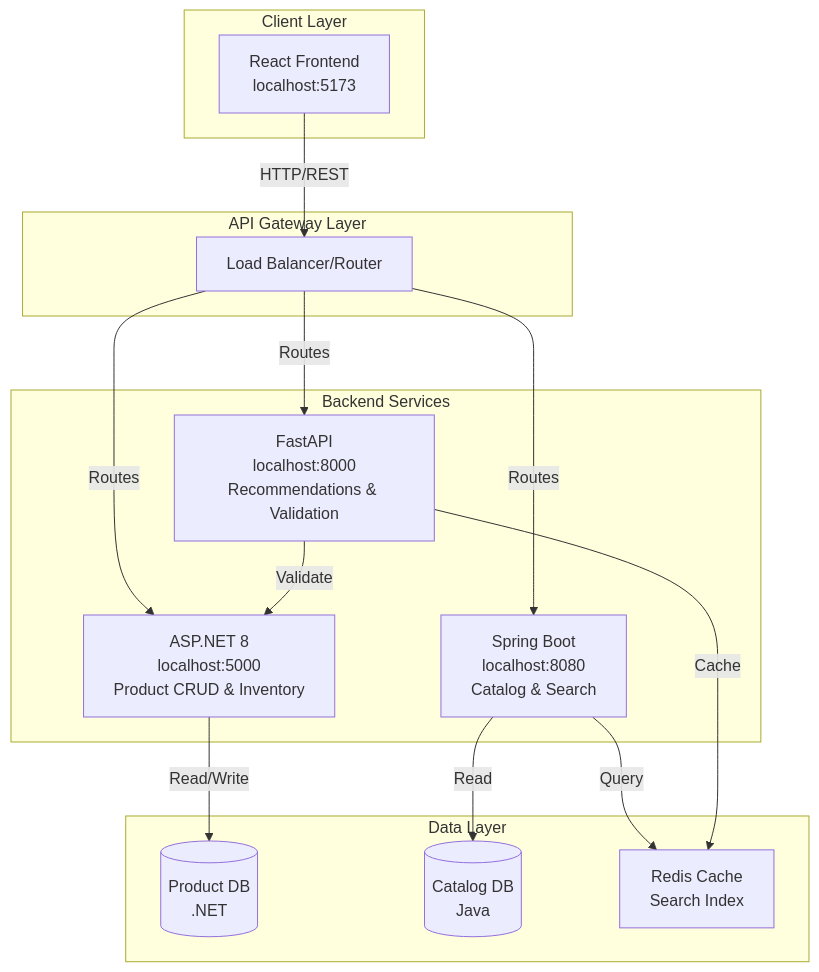
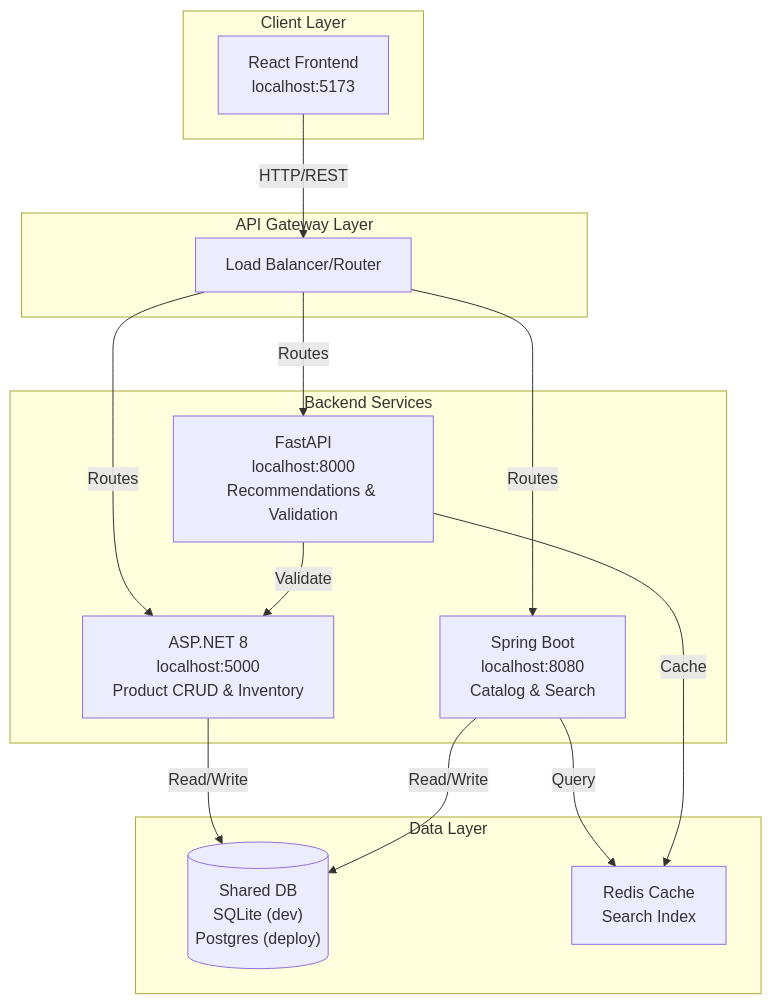
Before and after one commit to agenticai-training/copilot-demo-app: the first of 2 diagrams in docs/ARCHITECTURE.md, drawn with Mermaid. The commit also changed other lines of this file, not shown here.

First line of the commit message:
feat: Update architecture documentation with detailed system design (#2)

````diff
--- a/docs/ARCHITECTURE.md
+++ b/docs/ARCHITECTURE.md
@@ -47,33 +51,32 @@
 ```mermaid
 graph TB
     subgraph Client["Client Layer"]
         UI["React Frontend<br/>localhost:5173"]
     end
-    
+
     subgraph Gateway["API Gateway Layer"]
         LB["Load Balancer/Router"]
     end
-    
+
     subgraph Services["Backend Services"]
         NET["ASP.NET 8<br/>localhost:5000<br/>Product CRUD & Inventory"]
         JAVA["Spring Boot<br/>localhost:8080<br/>Catalog & Search"]
         PY["FastAPI<br/>localhost:8000<br/>Recommendations & Validation"]
     end
-    
+
     subgraph Data["Data Layer"]
-        DB1[("Product DB<br/>.NET")]
-        DB2[("Catalog DB<br/>Java")]
+      SHAREDDb[("Shared DB<br/>SQLite (dev)<br/>Postgres (deploy)")]
         CACHE["Redis Cache<br/>Search Index"]
     end
-    
+
     UI -->|HTTP/REST| LB
     LB -->|Routes| NET
     LB -->|Routes| JAVA
     LB -->|Routes| PY
-    
-    NET -->|Read/Write| DB1
-    JAVA -->|Read| DB2
+
+    NET -->|Read/Write| SHAREDDb
+    JAVA -->|Read/Write| SHAREDDb
     JAVA -->|Query| CACHE
     PY -->|Validate| NET
     PY -->|Cache| CACHE
 ```
````
